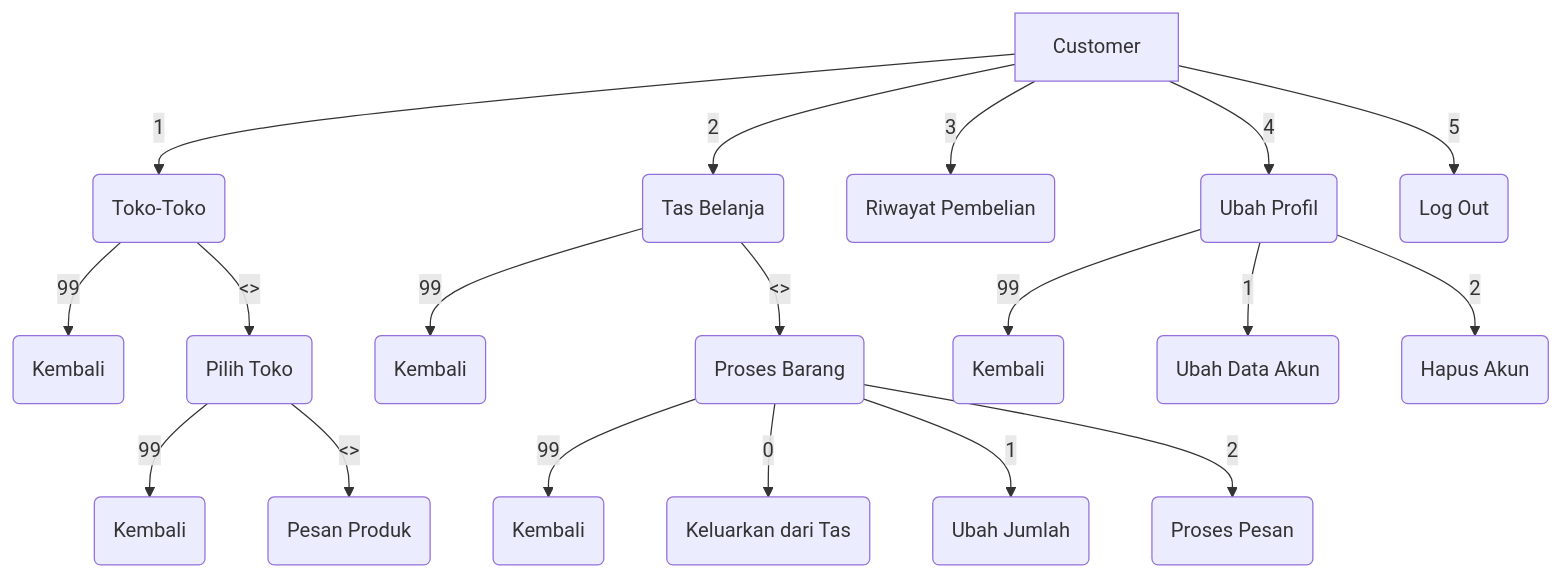
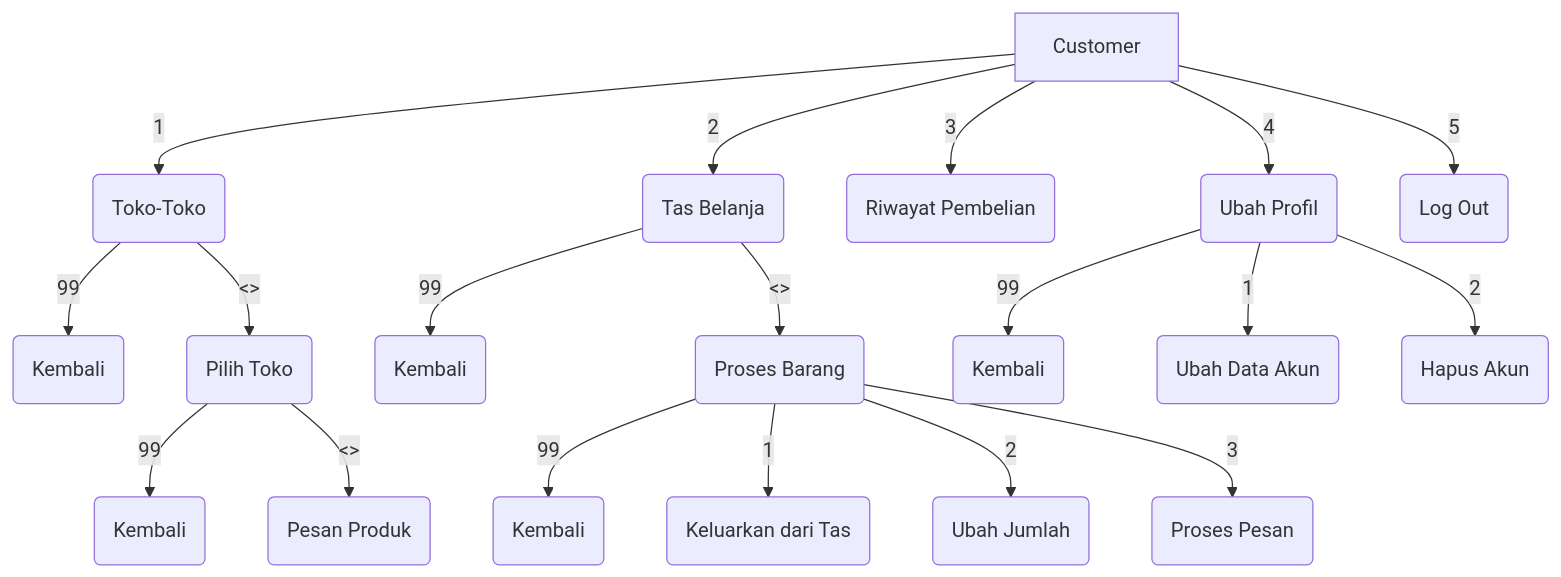
One commit to Viabelous/ProjekAkhirPBO changed the first of 3 diagrams in README.md. Above: the diagram before and after it, drawn with Mermaid. The commit also changed other lines of this file, not shown here.

````diff
--- a/README.md
+++ b/README.md
@@ -28,25 +28,25 @@
 ```mermaid
 graph 
 
 A[Customer] -- 1 --> B(Toko-Toko)
 B --99 --> BA(Kembali)
 B -- <> --> BB(Pilih Toko)
 	BB -- 99 --> BBA(Kembali)
 	BB -- <> --> BBB(Pesan Produk)
 
 A -- 2 --> C(Tas Belanja)
 C -- 99 --> CA(Kembali)
 C -- <> --> CC(Proses Barang)
 	CC -- 99 --> CCA(Kembali)
-	CC -- 0 --> CCB(Keluarkan dari Tas)
-	CC -- 1 --> CCC(Ubah Jumlah)
-	CC -- 2 --> CCD(Proses Pesan)
+	CC -- 1 --> CCB(Keluarkan dari Tas)
+	CC -- 2 --> CCC(Ubah Jumlah)
+	CC -- 3 --> CCD(Proses Pesan)
 
 A -- 3 --> D(Riwayat Pembelian)
 A -- 4 --> E(Ubah Profil)
 E -- 99 --> EA(Kembali)
 E -- 1 --> EB(Ubah Data Akun)
 E -- 2 --> EC(Hapus Akun)
 
 A -- 5 --> F(Log Out)
 ```
````
